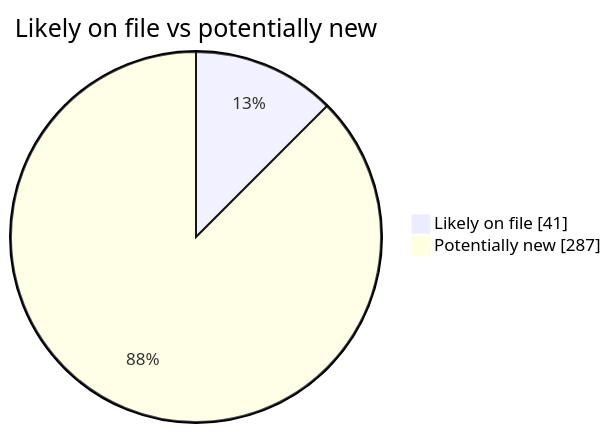
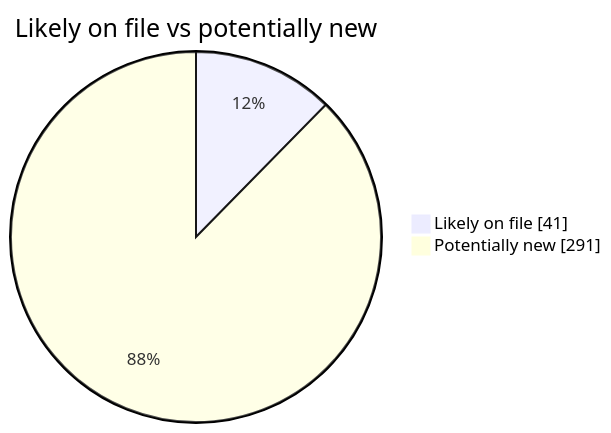
The second of 4 diagrams in README.md (martinbalfanz/social-scanner-reports), drawn with Mermaid before and after one commit. The commit also changed other lines of this file and 2 other files, not shown here.

````diff
--- a/README.md
+++ b/README.md
@@ -40,5 +40,5 @@
 ```mermaid
 pie showData title Likely on file vs potentially new
     "Likely on file" : 41
-    "Potentially new" : 287
+    "Potentially new" : 291
 ```
````
